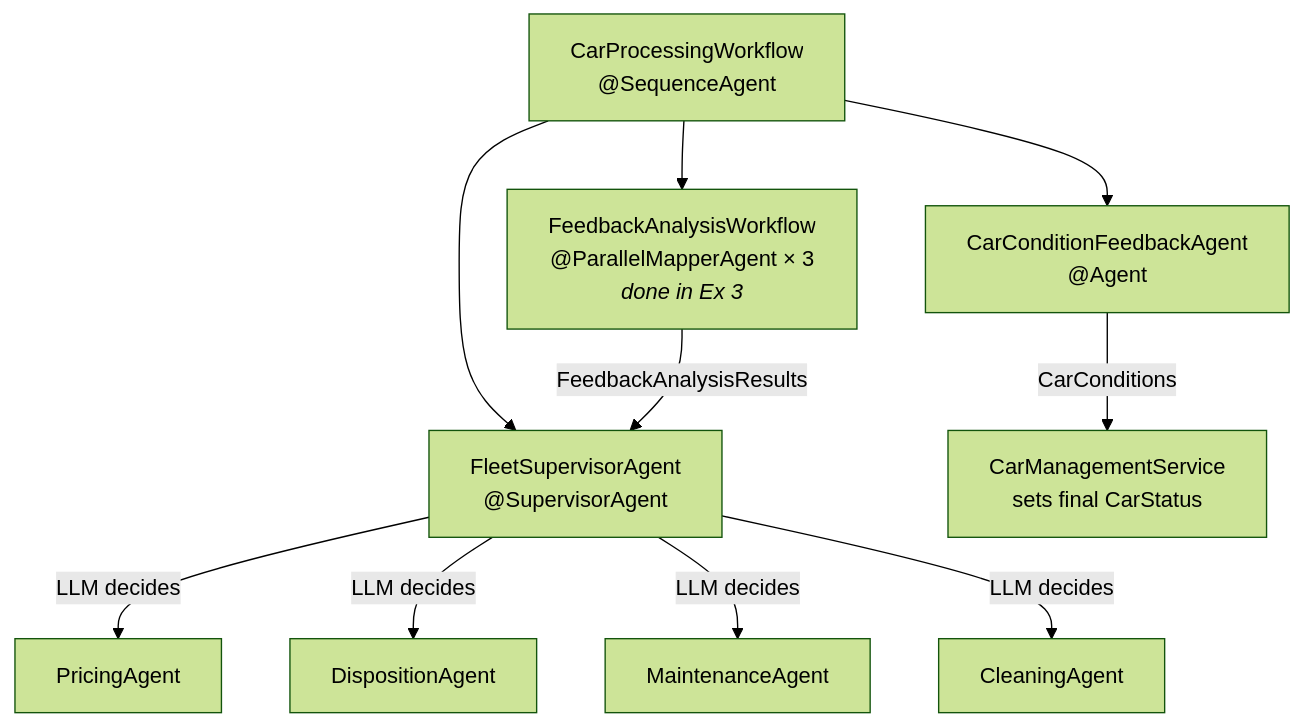
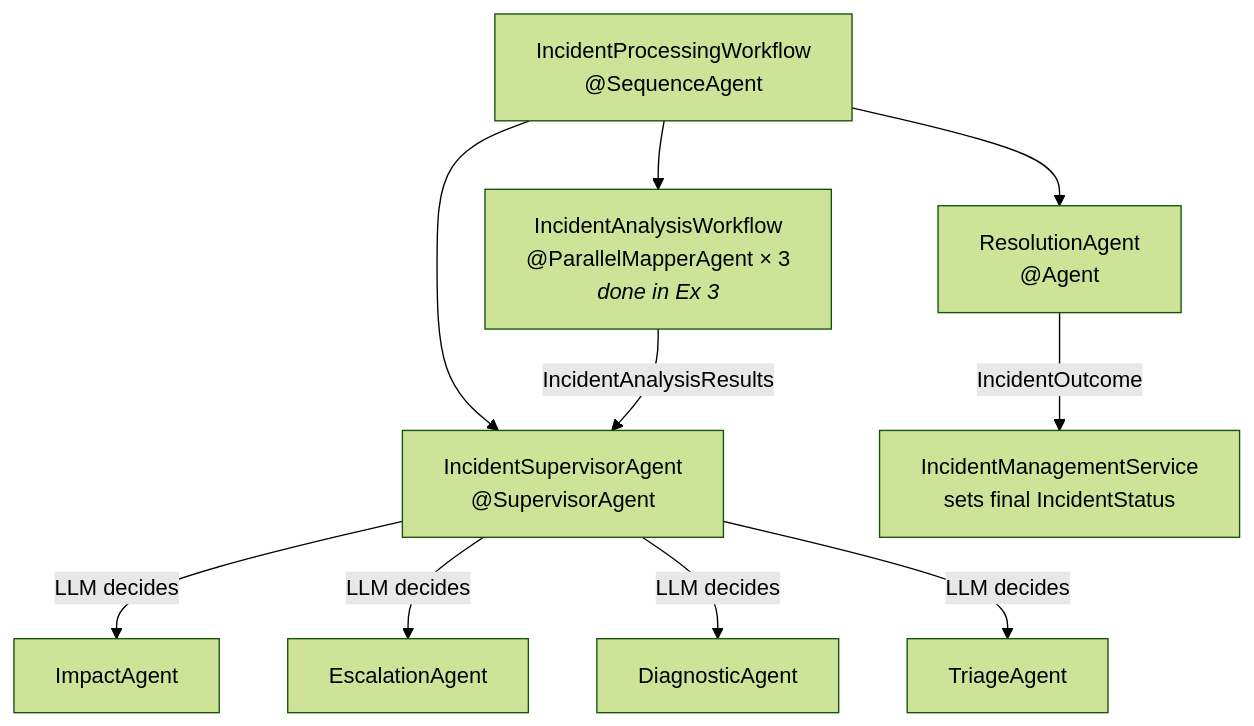
The diagram in docs/04-supervisor/START_HERE.md (danieloh30/techxchange-2026-quarkus-bob-lab), drawn with Mermaid (forest theme) before and after one commit. The commit also changed other lines of this file and 366 other files, not shown here.

First line of the commit message:
refactor: retheme entire lab from car rental to IT incident management

````diff
--- a/docs/04-supervisor/START_HERE.md
+++ b/docs/04-supervisor/START_HERE.md
@@ -25,18 +25,18 @@
 ```mermaid
 flowchart TD
-    CPW["CarProcessingWorkflow<br/>@SequenceAgent"] --> FAW
-    CPW --> FSA
-    CPW --> CCFA
+    IPW["IncidentProcessingWorkflow<br/>@SequenceAgent"] --> IAW
+    IPW --> ISA
+    IPW --> RA
 
-    FAW["FeedbackAnalysisWorkflow<br/>@ParallelMapperAgent × 3<br/><i>done in Ex 3</i>"]
-    FAW --> |FeedbackAnalysisResults| FSA
+    IAW["IncidentAnalysisWorkflow<br/>@ParallelMapperAgent × 3<br/><i>done in Ex 3</i>"]
+    IAW --> |IncidentAnalysisResults| ISA
 
-    FSA["FleetSupervisorAgent<br/>@SupervisorAgent"]
-    FSA --> |LLM decides| PA["PricingAgent"]
-    FSA --> |LLM decides| DA["DispositionAgent"]
-    FSA --> |LLM decides| MA["MaintenanceAgent"]
-    FSA --> |LLM decides| CA["CleaningAgent"]
+    ISA["IncidentSupervisorAgent<br/>@SupervisorAgent"]
+    ISA --> |LLM decides| IA["ImpactAgent"]
+    ISA --> |LLM decides| EA["EscalationAgent"]
+    ISA --> |LLM decides| DA["DiagnosticAgent"]
+    ISA --> |LLM decides| TA["TriageAgent"]
 
-    CCFA["CarConditionFeedbackAgent<br/>@Agent"]
-    CCFA --> |CarConditions| CMS["CarManagementService<br/>sets final CarStatus"]
+    RA["ResolutionAgent<br/>@Agent"]
+    RA --> |IncidentOutcome| IMS["IncidentManagementService<br/>sets final IncidentStatus"]
 ```
````
